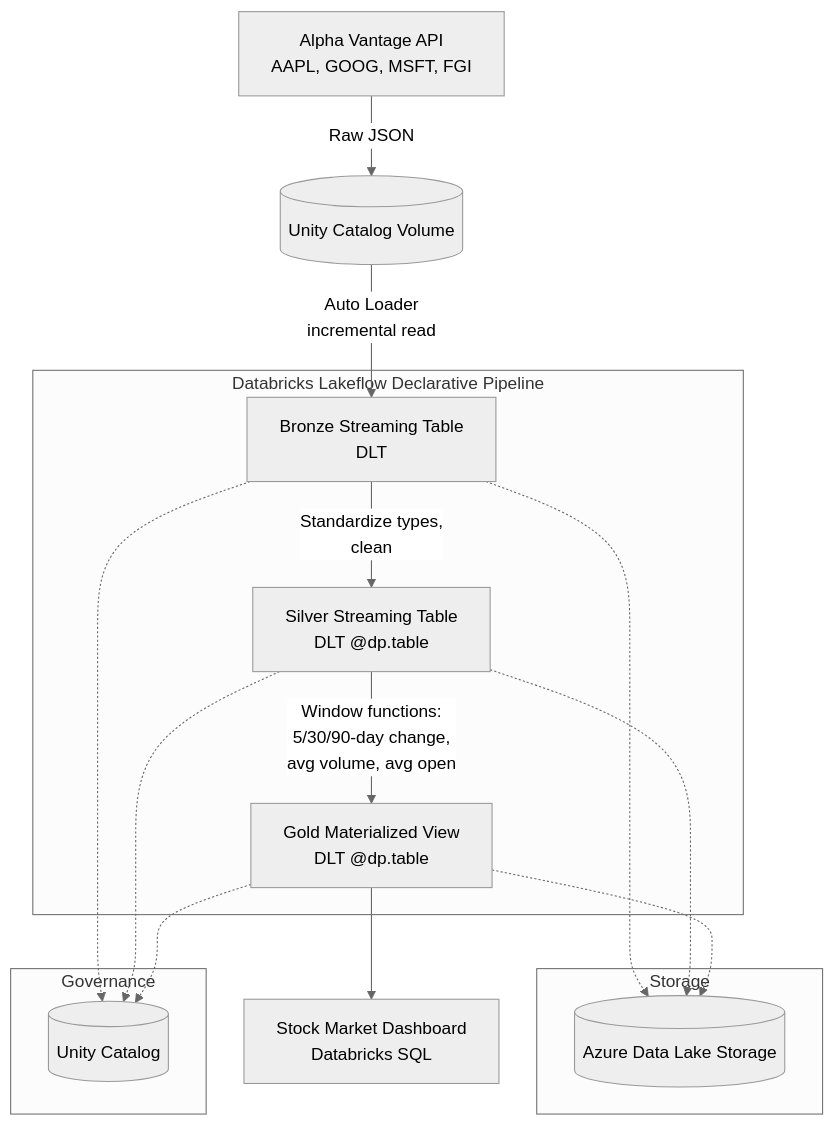
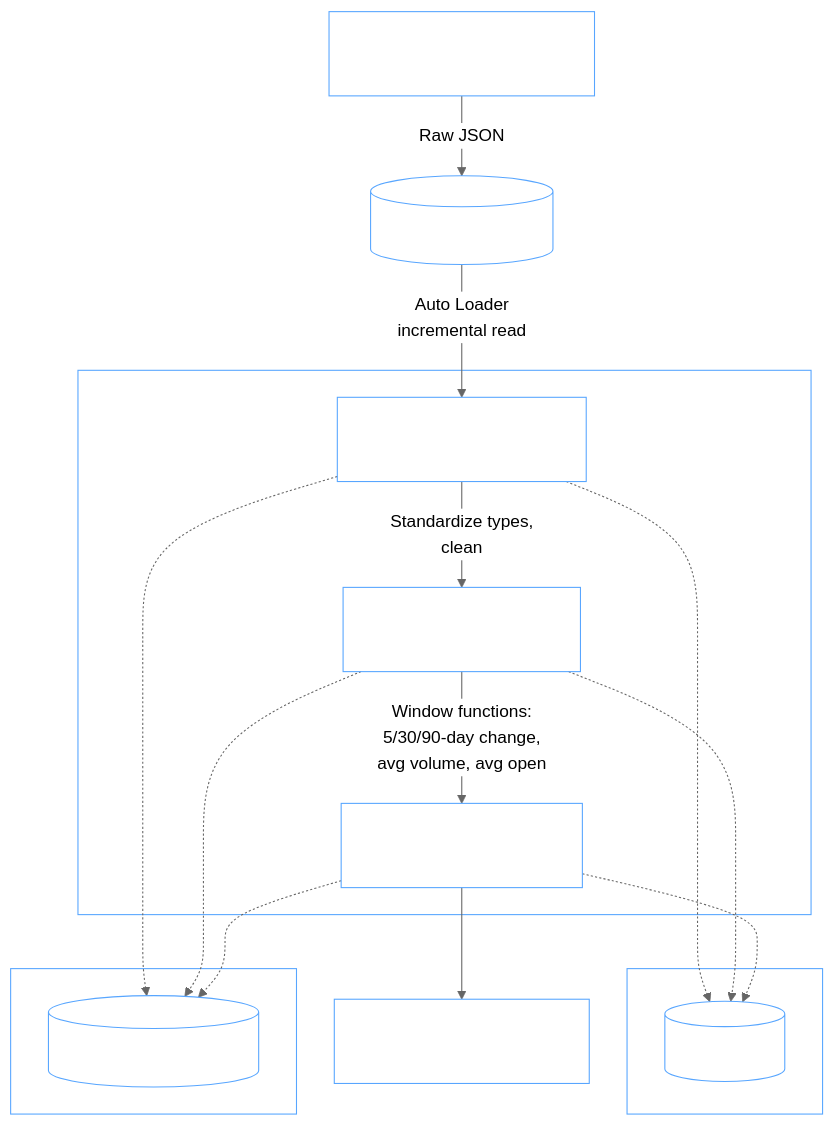
Before and after one commit to jarviscanada/jarvis_data_eng_FredeEmnetu: the second of 2 diagrams in spark/README.md, drawn with Mermaid (neutral theme). The commit also changed other lines of this file, not shown here.

Commit message:
improved graphs

````diff
--- a/spark/README.md
+++ b/spark/README.md
@@ -107,29 +115,36 @@
 ```mermaid
 flowchart TD
     A[Alpha Vantage API<br/>AAPL, GOOG, MSFT, FGI] -->|Raw JSON| V[(Unity Catalog Volume)]
     V -->|Auto Loader<br/>incremental read| B[Bronze Streaming Table<br/>DLT]
     B -->|Standardize types,<br/>clean| C[Silver Streaming Table<br/>DLT @dp.table]
     C -->|Window functions:<br/>5/30/90-day change,<br/>avg volume, avg open| D[Gold Materialized View<br/>DLT @dp.table]
     D --> E[Stock Market Dashboard<br/>Databricks SQL]
-
-    subgraph Databricks Lakeflow Declarative Pipeline
+ 
+    subgraph PIPE[Databricks Lakeflow Declarative Pipeline]
         B
         C
         D
     end
-
-    subgraph Storage
+ 
+    subgraph GOV[Governance]
+        G[(Unity Catalog)]
+    end
+ 
+    subgraph STORE[Storage]
         F[(Azure Data Lake Storage)]
     end
-
-    subgraph Governance
-        G[(Unity Catalog)]
-    end
-
+ 
     B -.-> F
     C -.-> F
     D -.-> F
     B -.-> G
     C -.-> G
     D -.-> G
+ 
+    classDef node fill:transparent,stroke:#58a6ff,stroke-width:1px,color:#ffffff
+    class A,V,B,C,D,E,F,G node
+ 
+    style PIPE fill:transparent,stroke:#58a6ff,color:#ffffff
+    style GOV fill:transparent,stroke:#58a6ff,color:#ffffff
+    style STORE fill:transparent,stroke:#58a6ff,color:#ffffff
 ```
````
